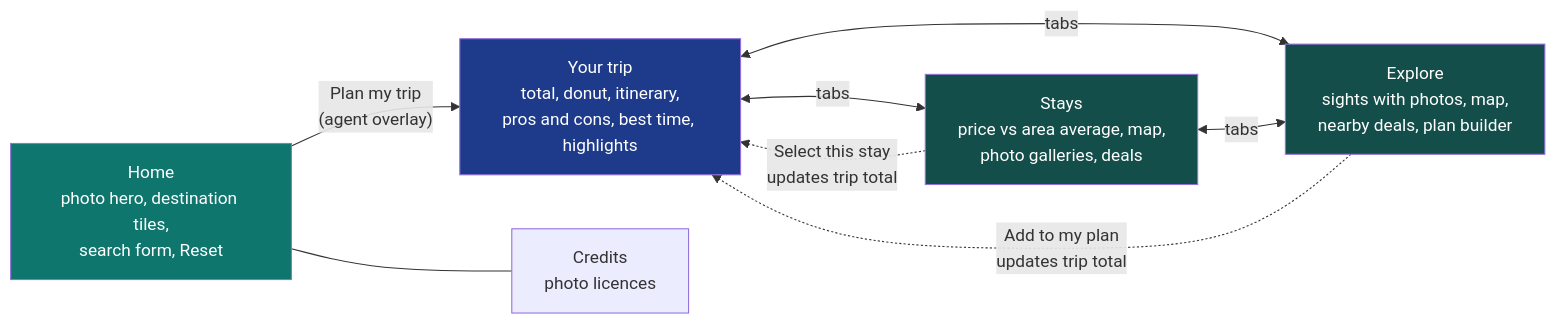
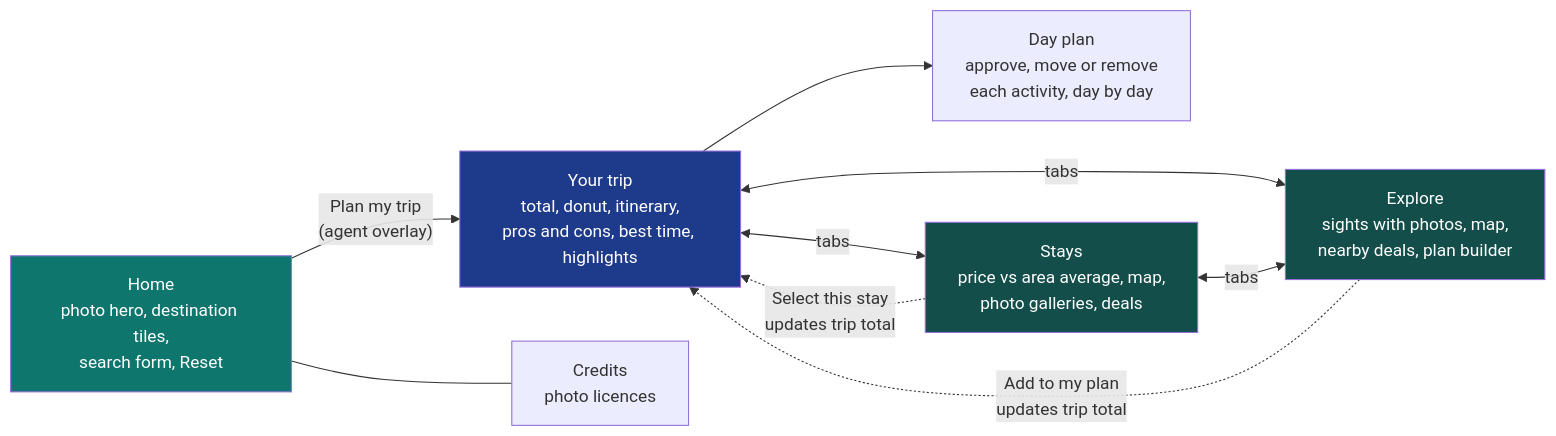
Before and after one commit to roybrand/travelAgentAI: the first of 4 diagrams in docs/04-frontend-and-visual-experience.md, drawn with Mermaid. The commit also changed other lines of this file and 61 other files, not shown here.

First line of the commit message:
Add Radar alerts, demo people with AI portraits, and day plan view

````diff
--- a/docs/04-frontend-and-visual-experience.md
+++ b/docs/04-frontend-and-visual-experience.md
@@ -24,20 +24,21 @@
 ```mermaid
 flowchart LR
     H["Home<br/>photo hero, destination tiles,<br/>search form, Reset"] -->|"Plan my trip<br/>(agent overlay)"| T
+    T --> DP["Day plan<br/>approve, move or remove<br/>each activity, day by day"]
     T["Your trip<br/>total, donut, itinerary,<br/>pros and cons, best time, highlights"]
     S["Stays<br/>price vs area average, map,<br/>photo galleries, deals"]
     E["Explore<br/>sights with photos, map,<br/>nearby deals, plan builder"]
     C["Credits<br/>photo licences"]
 
     T <-->|tabs| S
     T <-->|tabs| E
     S <-->|tabs| E
     S -. "Select this stay<br/>updates trip total" .-> T
     E -. "Add to my plan<br/>updates trip total" .-> T
     H --- C
 
     style H fill:#0f766e,color:#fff
     style T fill:#1e3a8a,color:#fff
     style S fill:#134e4a,color:#fff
     style E fill:#134e4a,color:#fff
 ```
````
